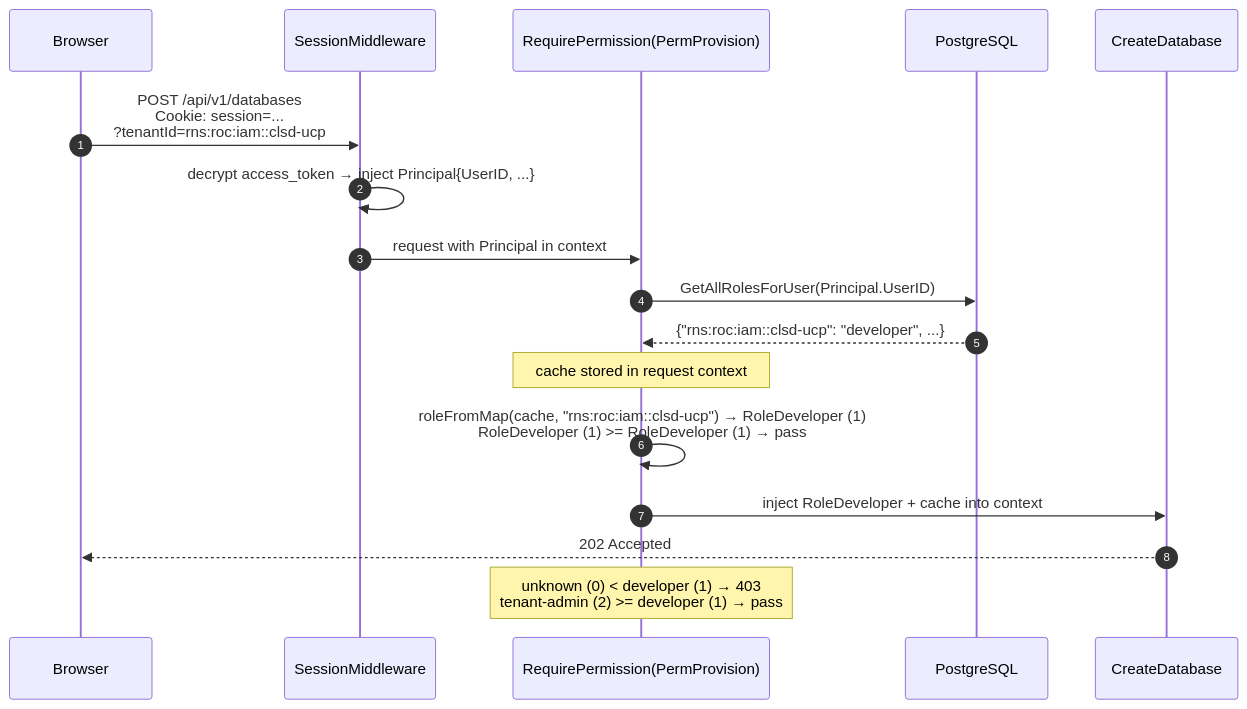
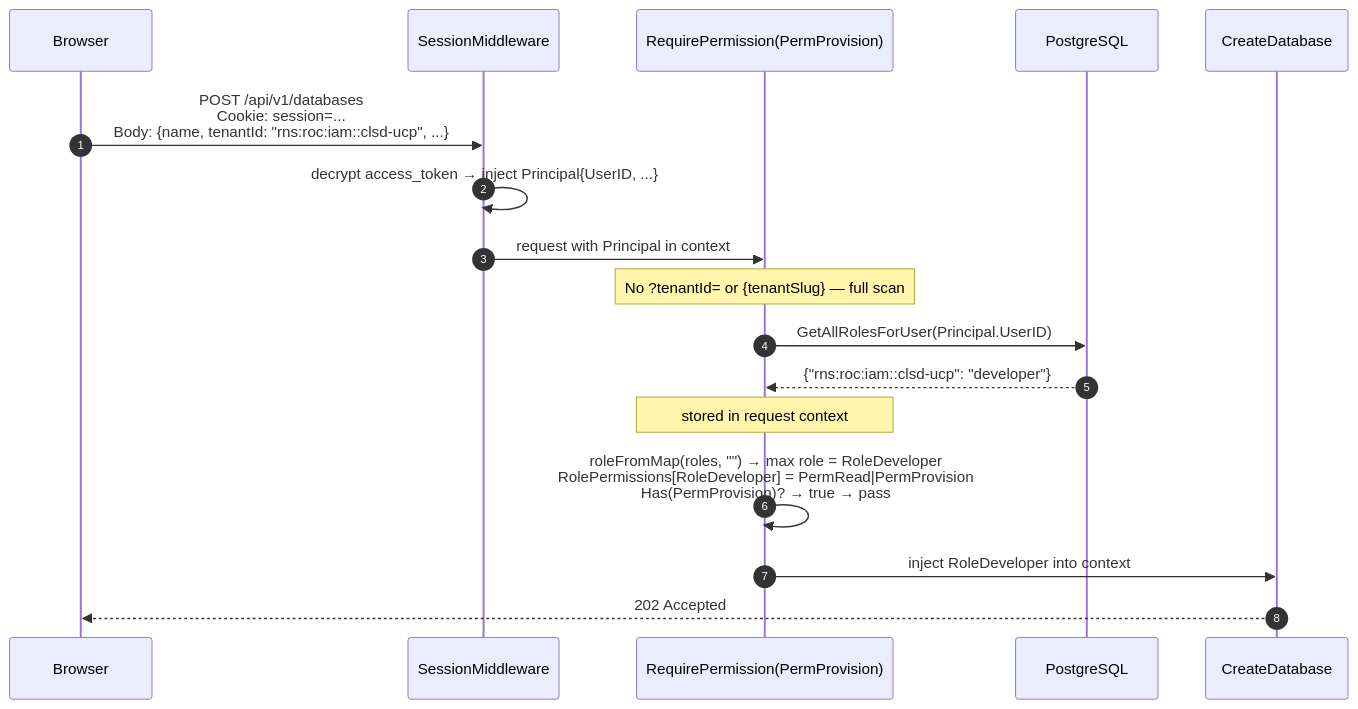
The third of 5 diagrams in docs/projects/universal-control-plane-ucp/pocs/rbac/implementation.md (aripermana-putra/ucp-docs-collection), drawn with Mermaid before and after one commit. The commit also changed other lines of this file, not shown here.

````diff
--- a/docs/projects/universal-control-plane-ucp/pocs/rbac/implementation.md
+++ b/docs/projects/universal-control-plane-ucp/pocs/rbac/implementation.md
@@ -373,25 +373,24 @@
 ```mermaid
 sequenceDiagram
     autonumber
 
     participant Browser
     participant Session as SessionMiddleware
     participant Middleware as RequirePermission(PermProvision)
     participant DB as PostgreSQL
     participant Handler as CreateDatabase
 
-    Browser->>Session: POST /api/v1/databases<br/>Cookie: session=...<br/>?tenantId=rns:roc:iam::clsd-ucp
+    Browser->>Session: POST /api/v1/databases<br/>Cookie: session=...<br/>Body: {name, tenantId: "rns:roc:iam::clsd-ucp", ...}
     Session->>Session: decrypt access_token → inject Principal{UserID, ...}
     Session->>Middleware: request with Principal in context
 
+    Note over Middleware: No ?tenantId= or {tenantSlug} — full scan
     Middleware->>DB: GetAllRolesForUser(Principal.UserID)
-    DB-->>Middleware: {"rns:roc:iam::clsd-ucp": "developer", ...}
-    Note over Middleware: cache stored in request context
+    DB-->>Middleware: {"rns:roc:iam::clsd-ucp": "developer"}
+    Note over Middleware: stored in request context
 
-    Middleware->>Middleware: roleFromMap(cache, "rns:roc:iam::clsd-ucp") → RoleDeveloper (1)<br/>RoleDeveloper (1) >= RoleDeveloper (1) → pass
+    Middleware->>Middleware: roleFromMap(roles, "") → max role = RoleDeveloper<br/>RolePermissions[RoleDeveloper] = PermRead|PermProvision<br/>Has(PermProvision)? → true → pass
 
-    Middleware->>Handler: inject RoleDeveloper + cache into context
+    Middleware->>Handler: inject RoleDeveloper into context
     Handler-->>Browser: 202 Accepted
-
-    note over Middleware: unknown (0) < developer (1) → 403<br/>tenant-admin (2) >= developer (1) → pass
 ```
````
